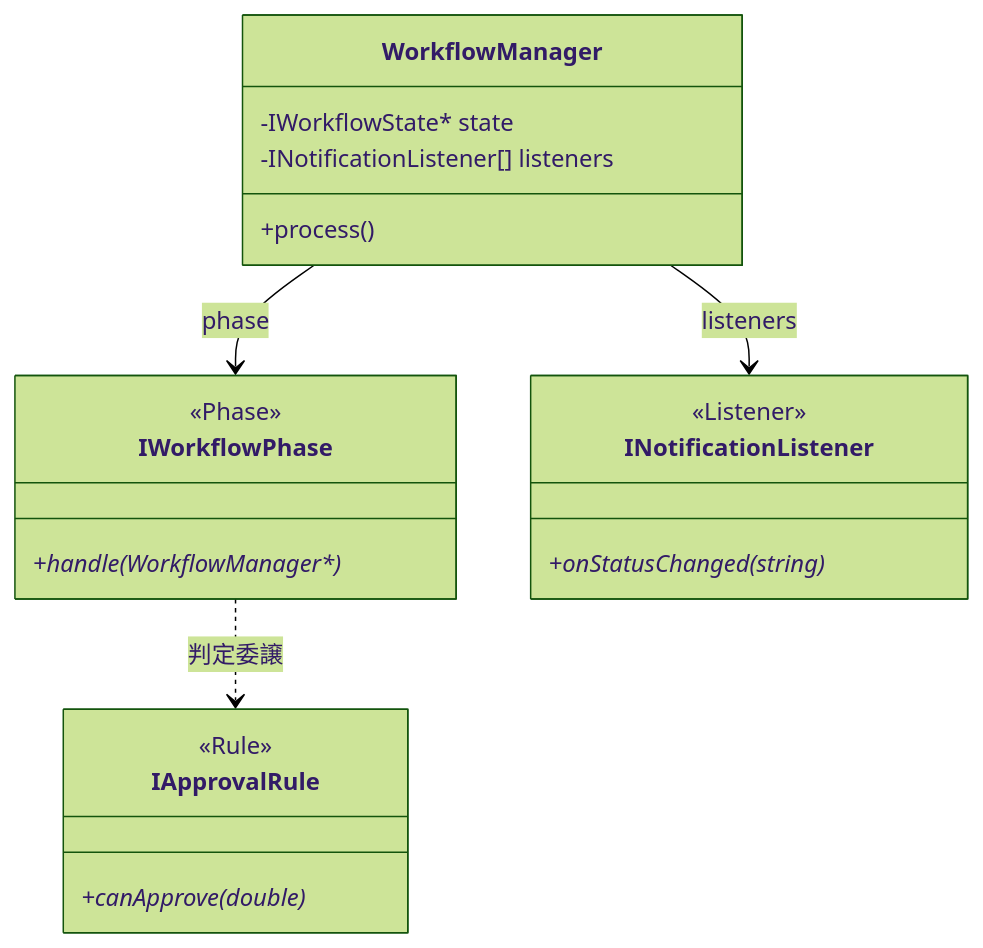
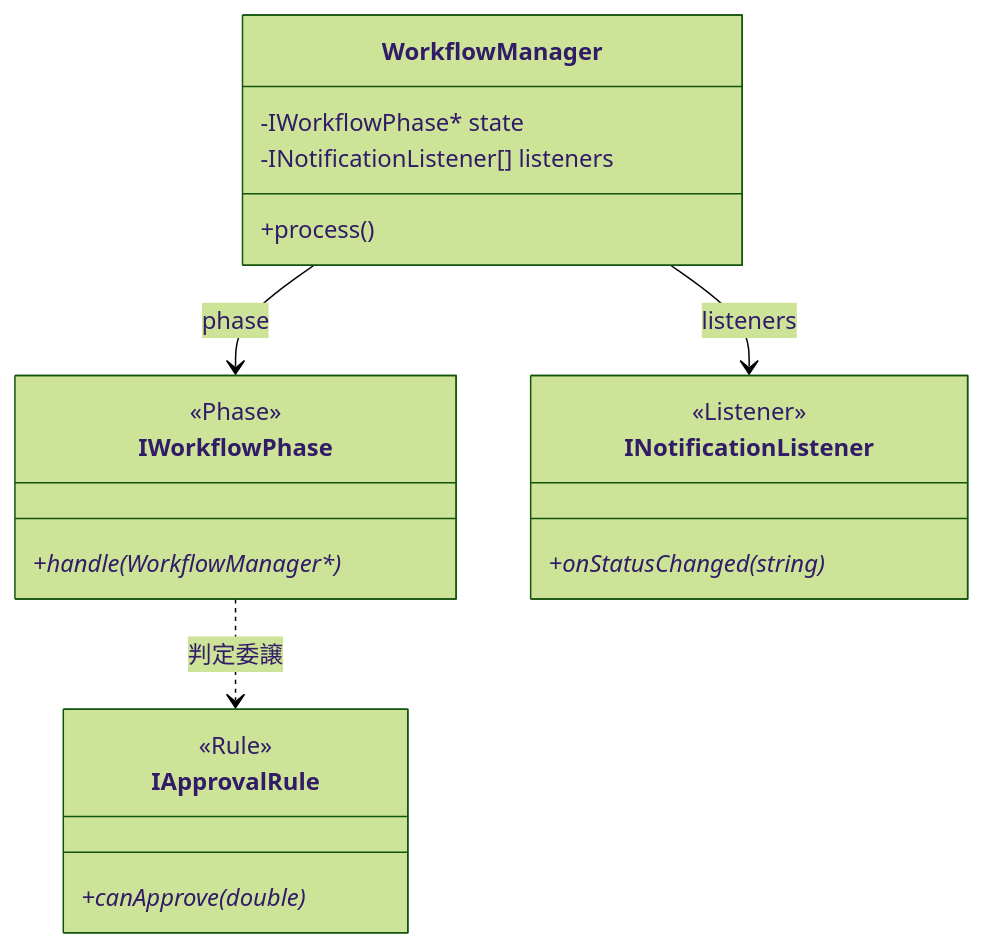
Diagram 11 of 11 in kindle/design-patterns/output/chapter12.md (kumachan1101-pixel/DesignPattern), drawn with Mermaid (forest theme) before and after one commit. The commit also changed other lines of this file, not shown here.

````diff
--- a/kindle/design-patterns/output/chapter12.md
+++ b/kindle/design-patterns/output/chapter12.md
@@ -1359,24 +1419,24 @@
 ```mermaid
 classDiagram
     class WorkflowManager {
-        -IWorkflowState* state
+        -IWorkflowPhase* state
         -INotificationListener[] listeners
         +process()
     }
     class IWorkflowPhase {
         <<Phase>>
         +handle(WorkflowManager*)*
     }
     class IApprovalRule {
         <<Rule>>
         +canApprove(double)*
     }
     class INotificationListener {
         <<Listener>>
         +onStatusChanged(string)*
     }
     WorkflowManager --> IWorkflowPhase : phase
     WorkflowManager --> INotificationListener : listeners
     IWorkflowPhase ..> IApprovalRule : 判定委譲
 
 ```
````
